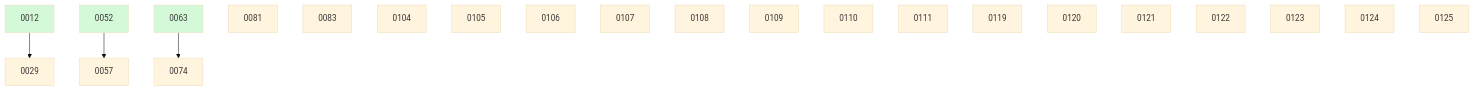
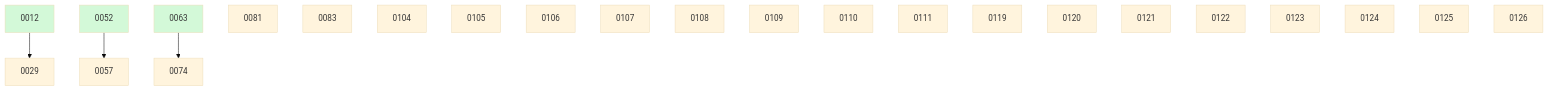
Before and after one commit to ethanhinson/fuse: the diagram in docs/changes/BOARD.md, drawn with Mermaid (base theme). The commit also changed other lines of this file and 1 other file, not shown here.

````diff
--- a/docs/changes/BOARD.md
+++ b/docs/changes/BOARD.md
@@ -40,27 +41,28 @@
 ```mermaid
 graph TD
   0012 --> 0029
   0052 --> 0057
   0063 --> 0074
   0081
   0083
   0104
   0105
   0106
   0107
   0108
   0109
   0110
   0111
   0119
   0120
   0121
   0122
   0123
   0124
   0125
+  0126
   0012:::done
   0052:::done
   0063:::done
   classDef done fill:#d3f9d8;
 ```
````
